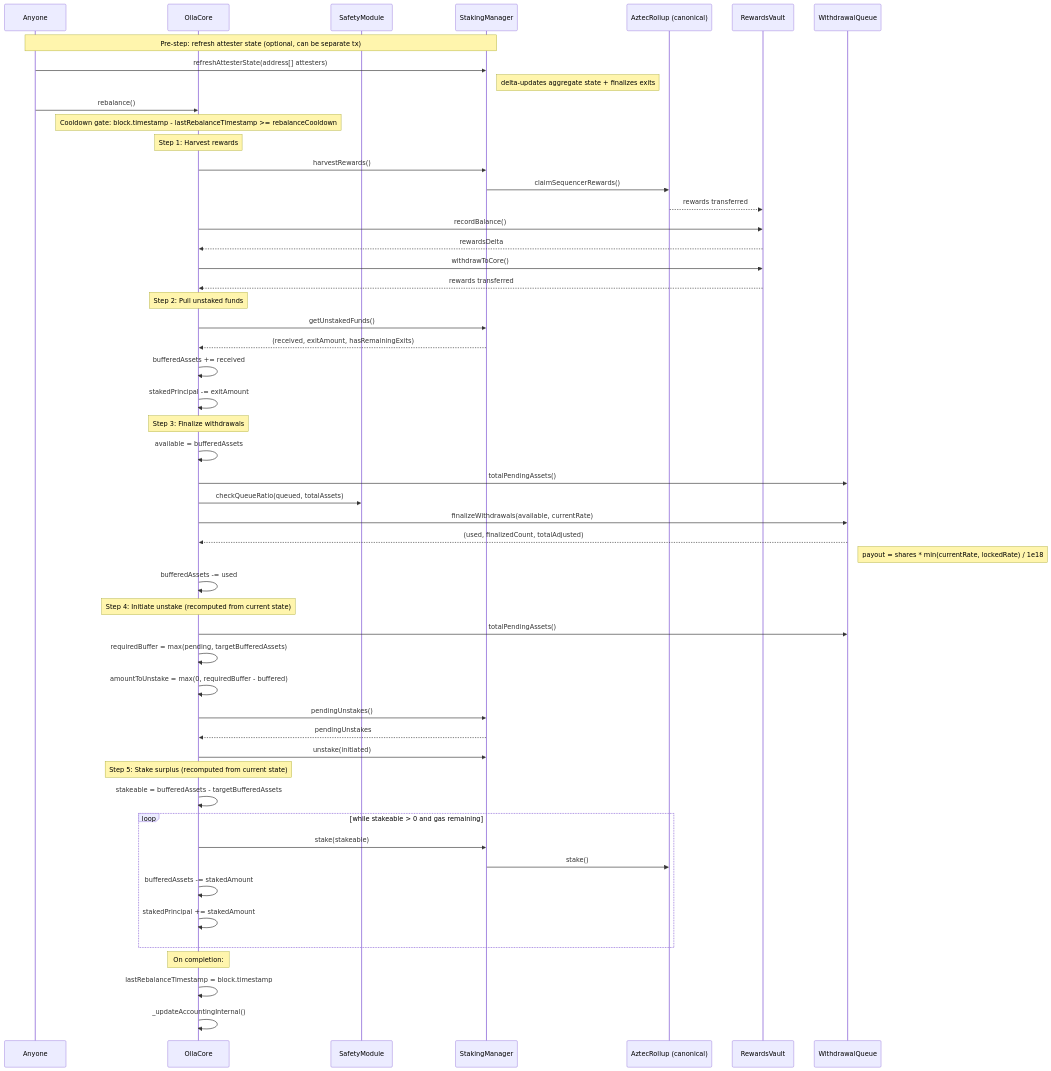
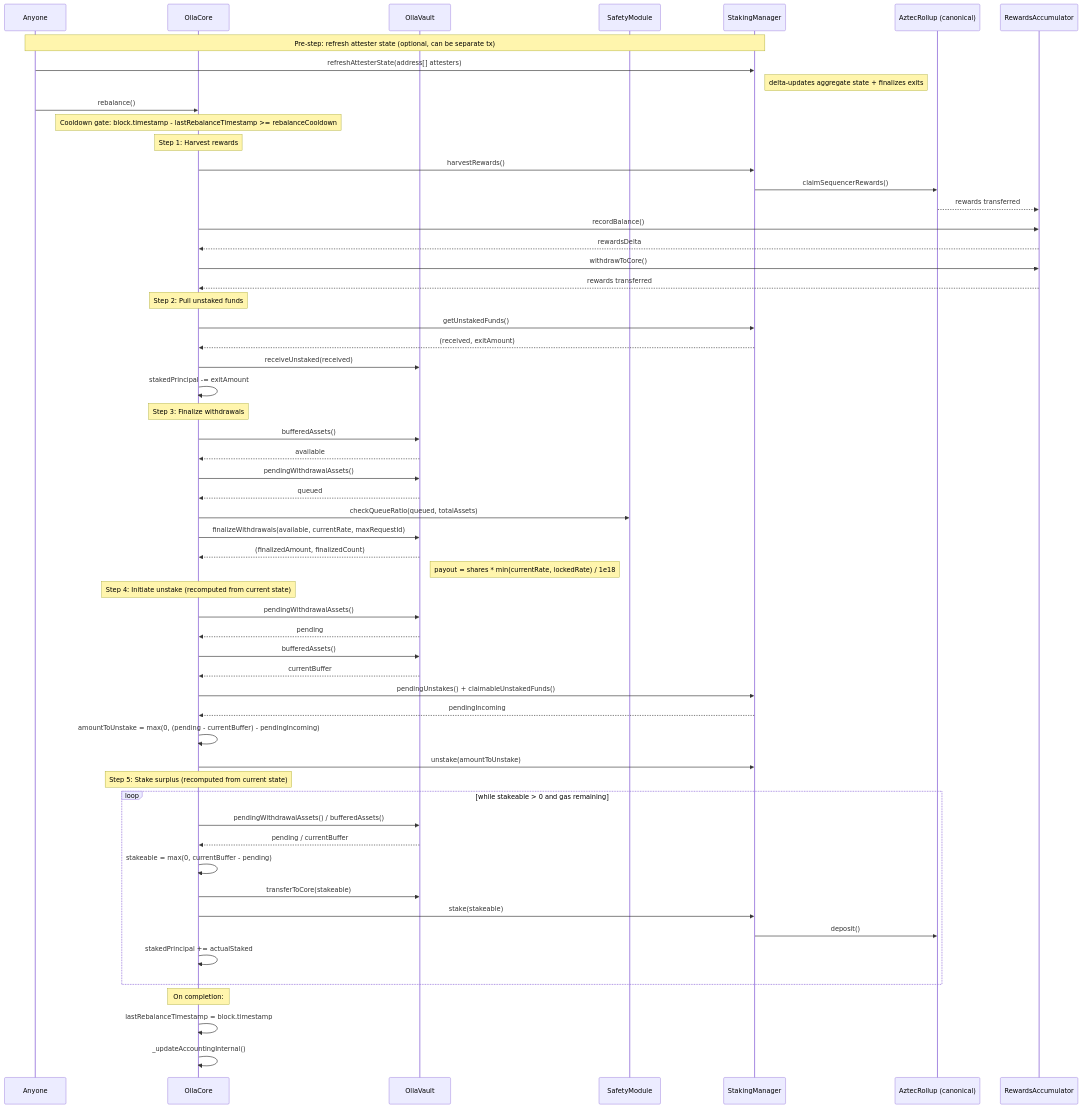
One commit to ollafinance/core changed the eighth of 10 diagrams in docs/architecture/operator-actions.md. Above: the diagram before and after it, drawn with Mermaid. The commit also changed other lines of this file and 180 other files, not shown here.

````diff
--- a/docs/architecture/operator-actions.md
+++ b/docs/architecture/operator-actions.md
@@ -186,62 +202,67 @@
 ```mermaid
 sequenceDiagram
     participant A as Anyone
     participant C as OllaCore
+    participant V as OllaVault
     participant SAF as SafetyModule
     participant SM as StakingManager
     participant AR as AztecRollup (canonical)
-    participant RV as RewardsVault
-    participant WQ as WithdrawalQueue
+    participant RA as RewardsAccumulator
 
     Note over A,SM: Pre-step: refresh attester state (optional, can be separate tx)
     A->>SM: refreshAttesterState(address[] attesters)
     Note right of SM: delta-updates aggregate state + finalizes exits
 
     A->>C: rebalance()
     Note over C: Cooldown gate: block.timestamp - lastRebalanceTimestamp >= rebalanceCooldown
 
     Note over C: Step 1: Harvest rewards
     C->>SM: harvestRewards()
     SM->>AR: claimSequencerRewards()
-    AR-->>RV: rewards transferred
-    C->>RV: recordBalance()
-    RV-->>C: rewardsDelta
-    C->>RV: withdrawToCore()
-    RV-->>C: rewards transferred
+    AR-->>RA: rewards transferred
+    C->>RA: recordBalance()
+    RA-->>C: rewardsDelta
+    C->>RA: withdrawToCore()
+    RA-->>C: rewards transferred
 
     Note over C: Step 2: Pull unstaked funds
     C->>SM: getUnstakedFunds()
-    SM-->>C: (received, exitAmount, hasRemainingExits)
-    C->>C: bufferedAssets += received
+    SM-->>C: (received, exitAmount)
+    C->>V: receiveUnstaked(received)
     C->>C: stakedPrincipal -= exitAmount
 
     Note over C: Step 3: Finalize withdrawals
-    C->>C: available = bufferedAssets
-    C->>WQ: totalPendingAssets()
+    C->>V: bufferedAssets()
+    V-->>C: available
+    C->>V: pendingWithdrawalAssets()
+    V-->>C: queued
     C->>SAF: checkQueueRatio(queued, totalAssets)
-    C->>WQ: finalizeWithdrawals(available, currentRate)
-    WQ-->>C: (used, finalizedCount, totalAdjusted)
-    Note right of WQ: payout = shares * min(currentRate, lockedRate) / 1e18
-    C->>C: bufferedAssets -= used
+    C->>V: finalizeWithdrawals(available, currentRate, maxRequestId)
+    V-->>C: (finalizedAmount, finalizedCount)
+    Note right of V: payout = shares * min(currentRate, lockedRate) / 1e18
 
     Note over C: Step 4: Initiate unstake (recomputed from current state)
-    C->>WQ: totalPendingAssets()
-    C->>C: requiredBuffer = max(pending, targetBufferedAssets)
-    C->>C: amountToUnstake = max(0, requiredBuffer - buffered)
-    C->>SM: pendingUnstakes()
-    SM-->>C: pendingUnstakes
-    C->>SM: unstake(initiated)
+    C->>V: pendingWithdrawalAssets()
+    V-->>C: pending
+    C->>V: bufferedAssets()
+    V-->>C: currentBuffer
+    C->>SM: pendingUnstakes() + claimableUnstakedFunds()
+    SM-->>C: pendingIncoming
+    C->>C: amountToUnstake = max(0, (pending - currentBuffer) - pendingIncoming)
+    C->>SM: unstake(amountToUnstake)
 
     Note over C: Step 5: Stake surplus (recomputed from current state)
-    C->>C: stakeable = bufferedAssets - targetBufferedAssets
     loop while stakeable > 0 and gas remaining
+        C->>V: pendingWithdrawalAssets() / bufferedAssets()
+        V-->>C: pending / currentBuffer
+        C->>C: stakeable = max(0, currentBuffer - pending)
+        C->>V: transferToCore(stakeable)
         C->>SM: stake(stakeable)
-        SM->>AR: stake()
-        C->>C: bufferedAssets -= stakedAmount
-        C->>C: stakedPrincipal += stakedAmount
+        SM->>AR: deposit()
+        C->>C: stakedPrincipal += actualStaked
     end
 
     Note over C: On completion:
     C->>C: lastRebalanceTimestamp = block.timestamp
     C->>C: _updateAccountingInternal()
 ```
````
